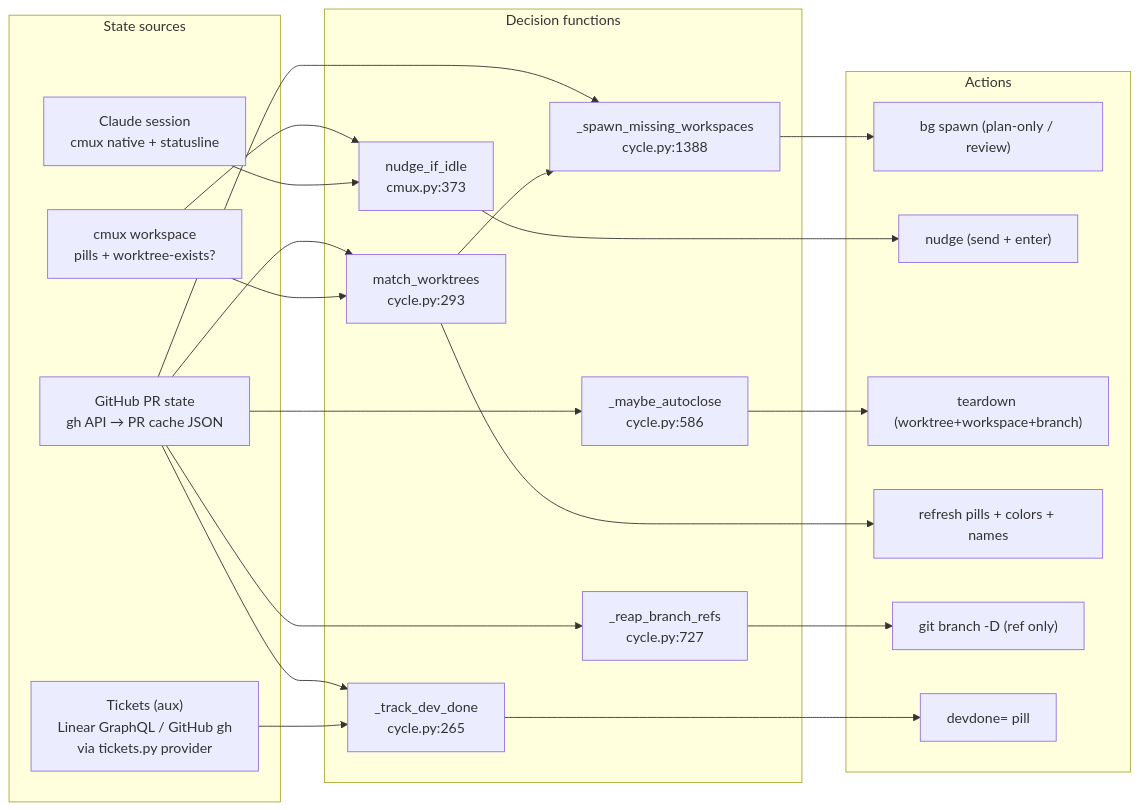
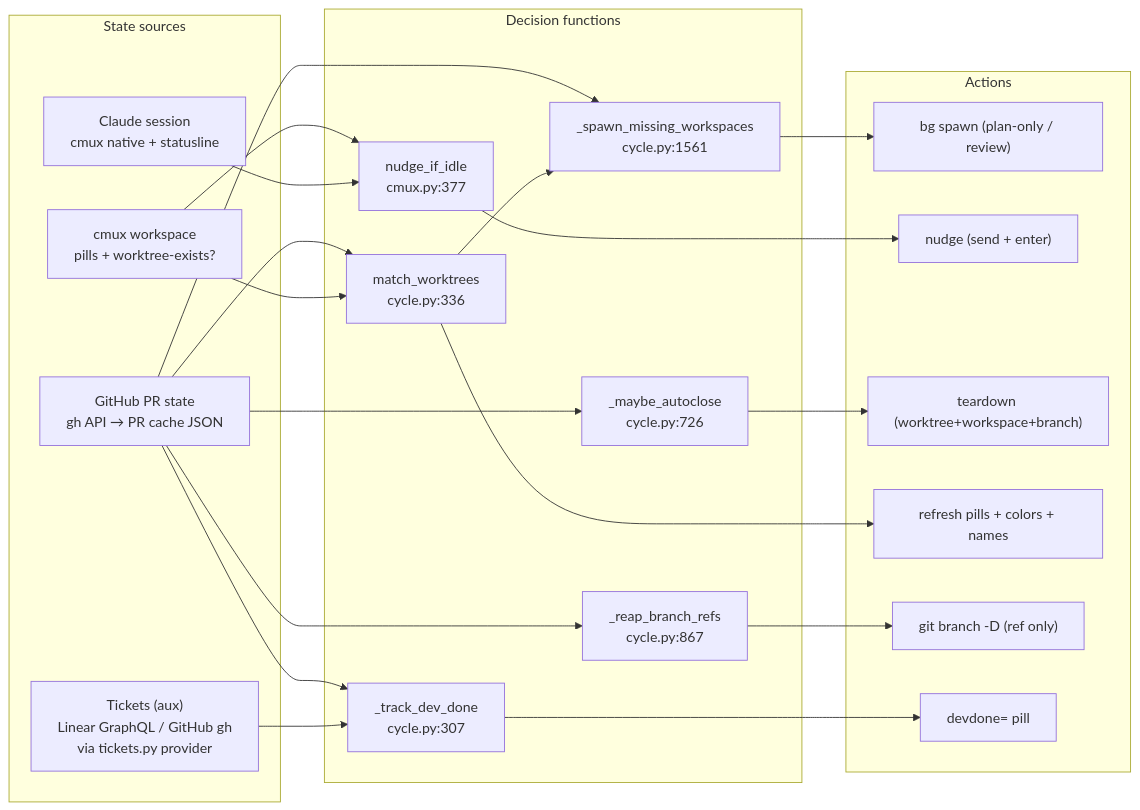
The first of 5 diagrams in docs/state-machine.md (khivi/cockpit), drawn with Mermaid before and after one commit. The commit also changed other lines of this file, not shown here.

Commit message:
docs(state-machine): resync diagrams with current code
Verified the four Mermaid diagrams against the source. Logic (reconcile
tree, five-guard nudge gate, truth table, cell data-flow) is accurate;
the drift was reference-level:

- All six decision-function line numbers in the orientation map were
  stale (cycle.py moved under orchestrators/, functions shifted): match
  293->336, spawn 1388->1561, nudge cmux 373->377, devdone 265->307,
  autoclose 586->726, reap 727->867. Same for the section 3 header.
- nudge_if_idle's signature node listed a `category` param that no longer
  exists (record_nudge/should_nudge take pr_number only; category is a
  dropped legacy concept per nudges.py). Replaced with the real
  *, dry, tag, pr_number / record_nudge(pr_number).

````diff
--- a/docs/state-machine.md
+++ b/docs/state-machine.md
@@ -26,41 +26,41 @@
 ```mermaid
 flowchart LR
   subgraph SRC["State sources"]
     GH["GitHub PR state<br/>gh API → PR cache JSON"]
     CL["Claude session<br/>cmux native + statusline"]
     CM["cmux workspace<br/>pills + worktree-exists?"]
     LIN["Tickets (aux)<br/>Linear GraphQL / GitHub gh<br/>via tickets.py provider"]
   end
 
   subgraph DEC["Decision functions"]
-    MW["match_worktrees<br/>cycle.py:293"]
-    SM["_spawn_missing_workspaces<br/>cycle.py:1388"]
-    NI["nudge_if_idle<br/>cmux.py:373"]
-    DD["_track_dev_done<br/>cycle.py:265"]
-    AC["_maybe_autoclose<br/>cycle.py:586"]
-    BR["_reap_branch_refs<br/>cycle.py:727"]
+    MW["match_worktrees<br/>cycle.py:336"]
+    SM["_spawn_missing_workspaces<br/>cycle.py:1561"]
+    NI["nudge_if_idle<br/>cmux.py:377"]
+    DD["_track_dev_done<br/>cycle.py:307"]
+    AC["_maybe_autoclose<br/>cycle.py:726"]
+    BR["_reap_branch_refs<br/>cycle.py:867"]
   end
 
   subgraph ACT["Actions"]
     A1["bg spawn (plan-only / review)"]
     A2["nudge (send + enter)"]
     A4["teardown (worktree+workspace+branch)"]
     A5["refresh pills + colors + names"]
     A6["git branch -D (ref only)"]
     A7["devdone= pill"]
   end
 
   GH --> MW & SM & AC & BR
   GH --> DD
   CM --> MW & NI
   CL --> NI
   LIN --> DD
 
   MW --> SM
   SM --> A1
   NI --> A2
   AC --> A4
   MW --> A5
   BR --> A6
   DD --> A7
 ```
````
